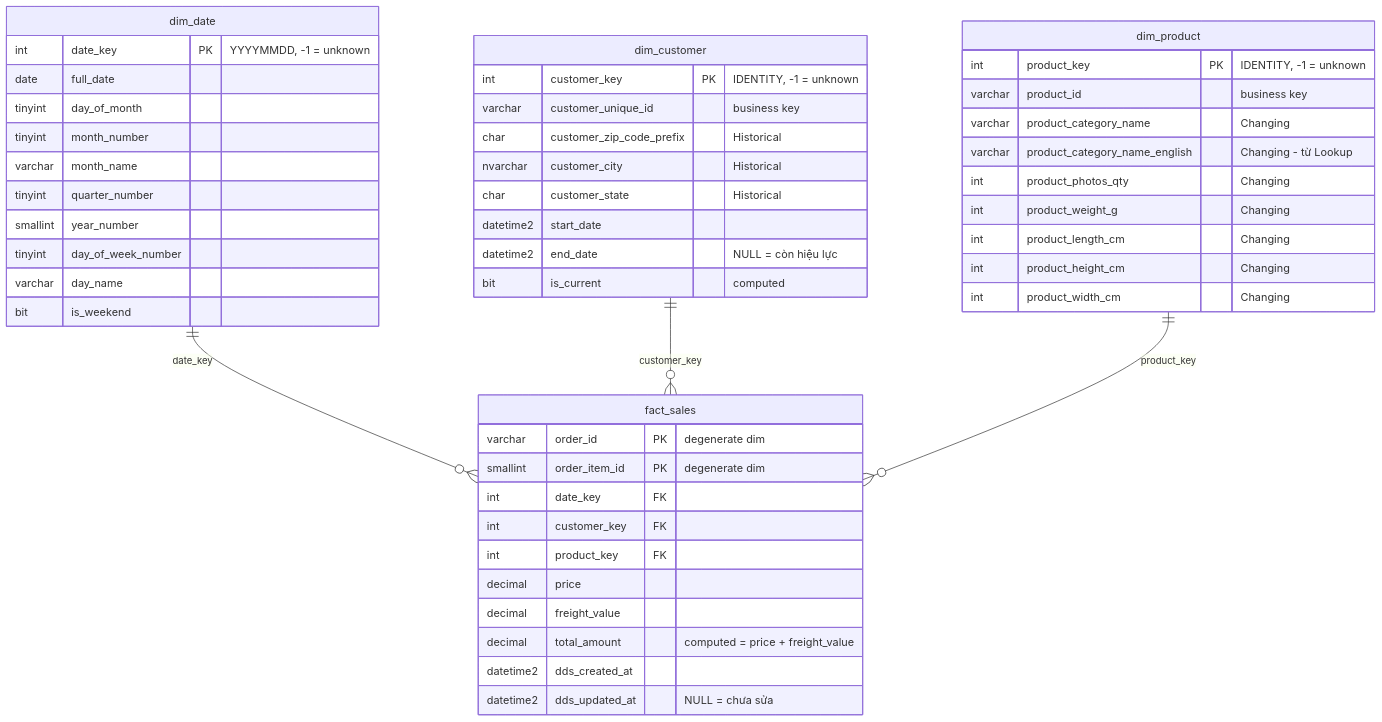
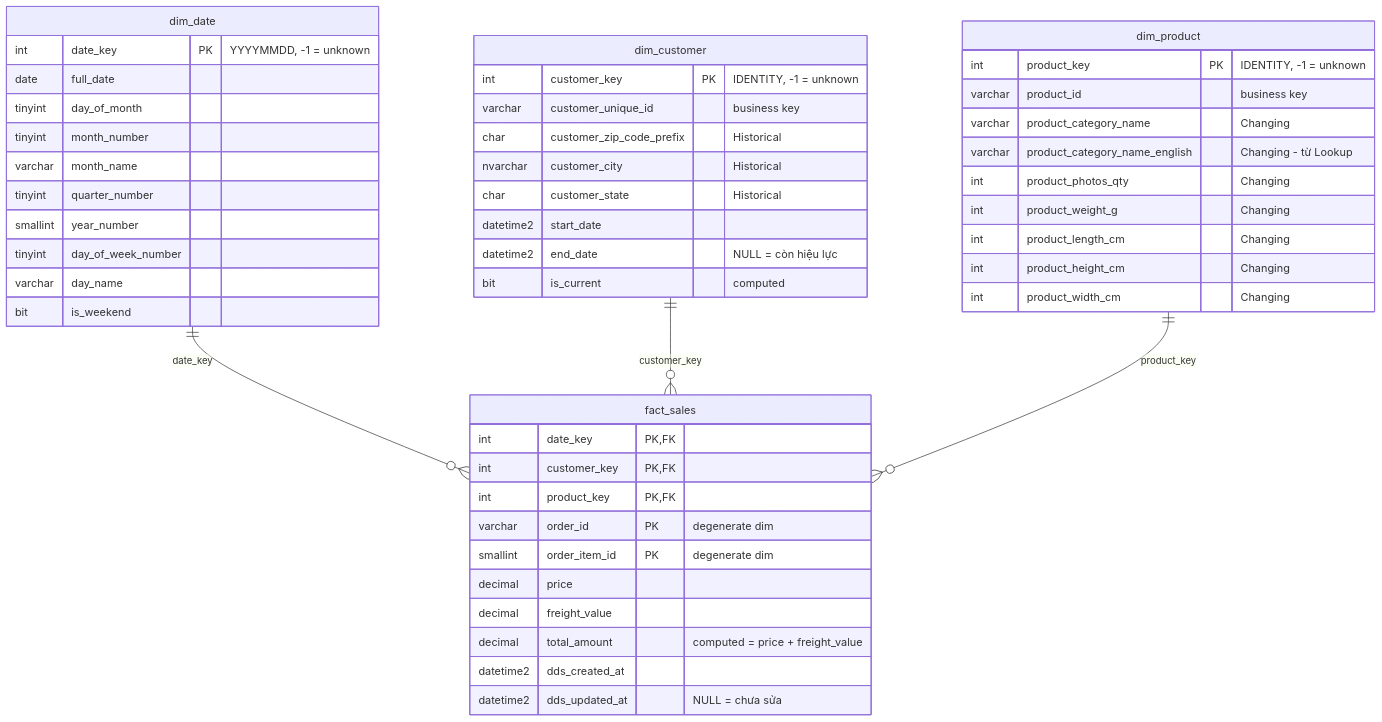
One commit to liberosis121/olist-ssis-incremental-dds changed the second of 2 diagrams in README.md. Above: the diagram before and after it, drawn with Mermaid. The commit also changed other lines of this file and 3 other files, not shown here.

````diff
--- a/README.md
+++ b/README.md
@@ -87,51 +87,51 @@
 ```mermaid
 erDiagram
     dim_date     ||--o{ fact_sales : date_key
     dim_customer ||--o{ fact_sales : customer_key
     dim_product  ||--o{ fact_sales : product_key
     dim_date {
         int date_key PK "YYYYMMDD, -1 = unknown"
         date full_date
         tinyint day_of_month
         tinyint month_number
         varchar month_name
         tinyint quarter_number
         smallint year_number
         tinyint day_of_week_number
         varchar day_name
         bit is_weekend
     }
     dim_customer {
         int customer_key PK "IDENTITY, -1 = unknown"
         varchar customer_unique_id "business key"
         char customer_zip_code_prefix "Historical"
         nvarchar customer_city "Historical"
         char customer_state "Historical"
         datetime2 start_date
         datetime2 end_date "NULL = còn hiệu lực"
         bit is_current "computed"
     }
     dim_product {
         int product_key PK "IDENTITY, -1 = unknown"
         varchar product_id "business key"
         varchar product_category_name "Changing"
         varchar product_category_name_english "Changing - từ Lookup"
         int product_photos_qty "Changing"
         int product_weight_g "Changing"
         int product_length_cm "Changing"
         int product_height_cm "Changing"
         int product_width_cm "Changing"
     }
     fact_sales {
+        int date_key PK,FK
+        int customer_key PK,FK
+        int product_key PK,FK
         varchar order_id PK "degenerate dim"
         smallint order_item_id PK "degenerate dim"
-        int date_key FK
-        int customer_key FK
-        int product_key FK
         decimal price
         decimal freight_value
         decimal total_amount "computed = price + freight_value"
         datetime2 dds_created_at
         datetime2 dds_updated_at "NULL = chưa sửa"
     }
 ```
````
